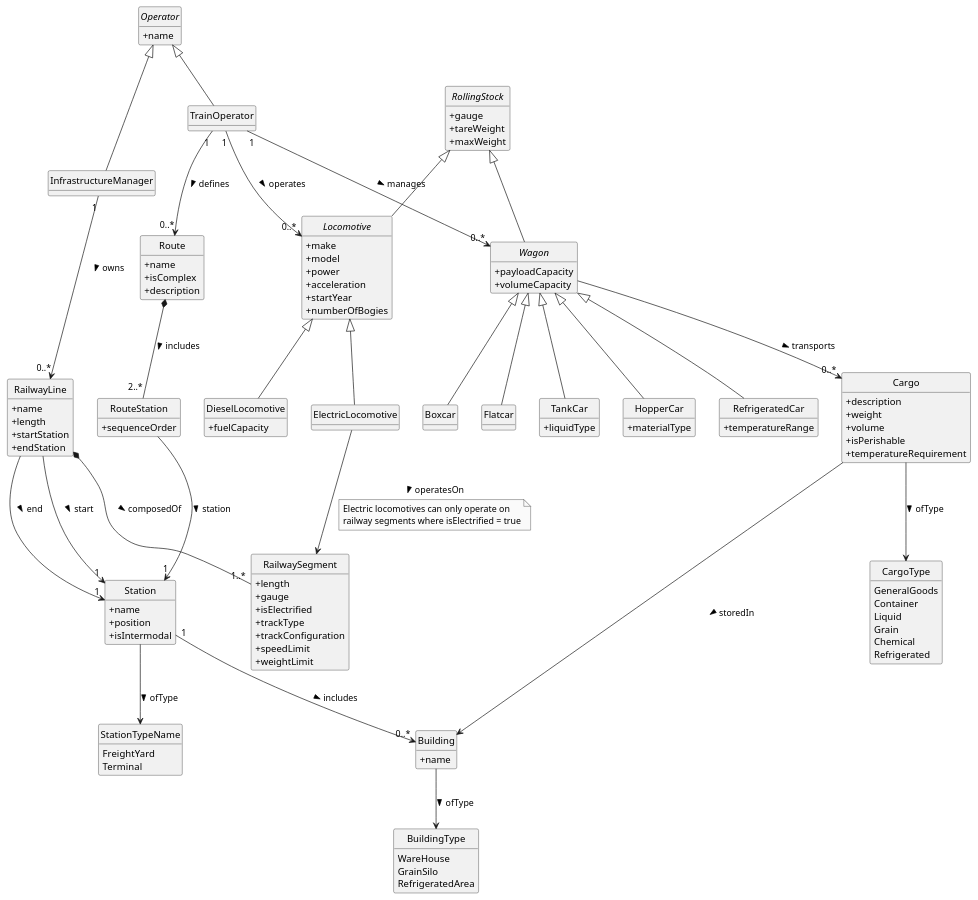
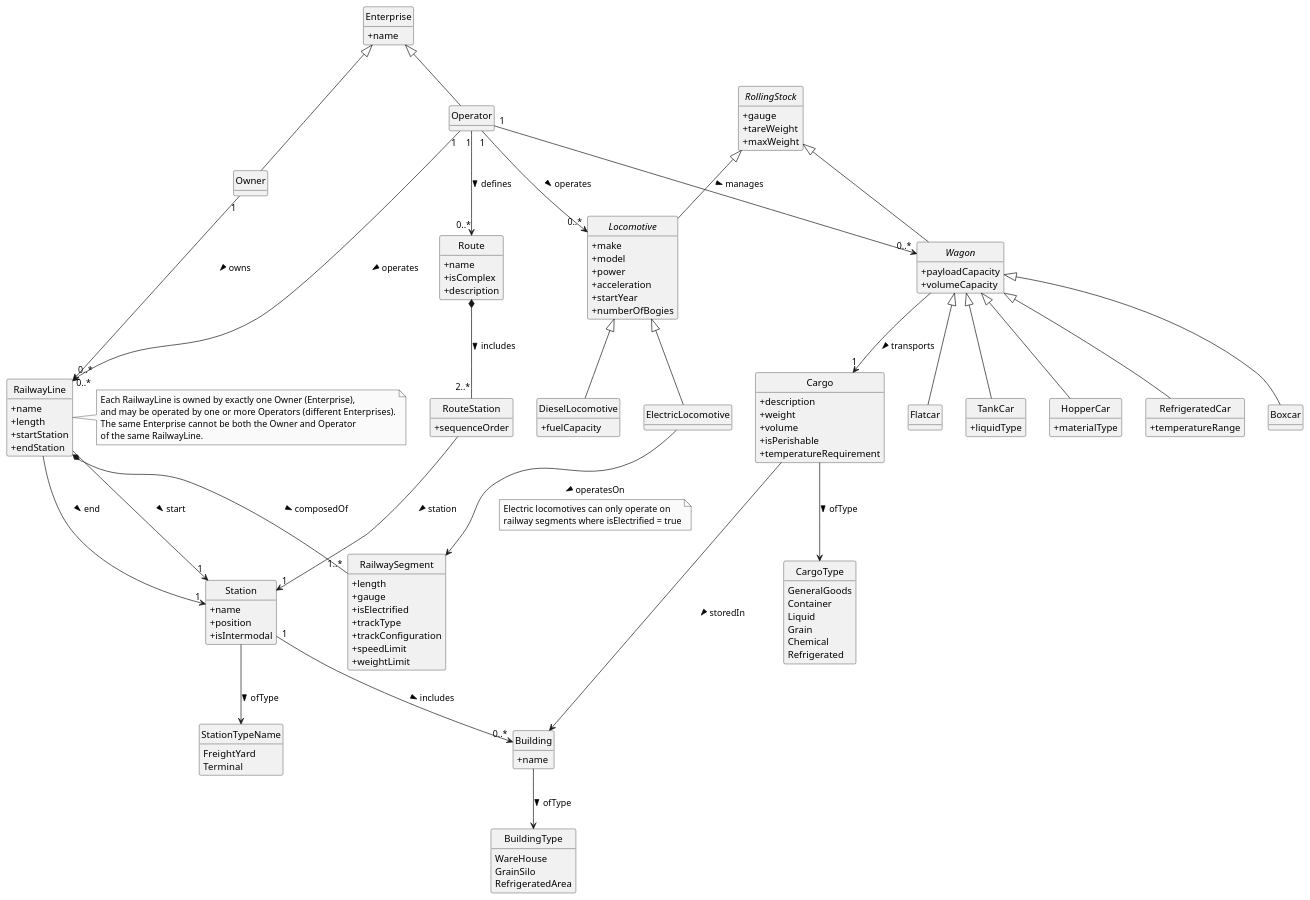
Before and after one commit to goncalolopesp/sem3-pi-25-26-g093-repo: the diagram in definitive-structure/doc/global-artifacts/02.analysis/puml/domain-model.puml, drawn with PlantUML. The commit also changed 2 other files, not shown here.

```diff
--- a/definitive-structure/doc/global-artifacts/02.analysis/puml/domain-model.puml
+++ b/definitive-structure/doc/global-artifacts/02.analysis/puml/domain-model.puml
@@ -1,148 +1,156 @@
 @startuml
 hide circle
 hide methods
 skinparam monochrome true
 skinparam classAttributeIconSize 0
 skinparam shadowing false
 
 class Station {
   +name
   +position
   +isIntermodal
 }
 enum StationTypeName {
   FreightYard
   Terminal
 }
 
 Station --> StationTypeName : ofType >
 
 class RailwayLine {
   +name
   +length
   +startStation
   +endStation
 }
 class RailwaySegment {
   +length
   +gauge
   +isElectrified
   +trackType
   +trackConfiguration
   +speedLimit
   +weightLimit
 }
 
 RailwayLine *-- "1..*" RailwaySegment : composedOf >
 RailwayLine --> "1" Station : start >
 RailwayLine --> "1" Station : end >
 
-abstract class Operator {
+class Enterprise {
   +name
 }
-class InfrastructureManager {
+class Owner {
 }
-class TrainOperator {
+class Operator {
 }
-Operator <|-- InfrastructureManager
-Operator <|-- TrainOperator
+Enterprise <|-- Owner
+Enterprise <|-- Operator
 
-InfrastructureManager "1" --> "0..*" RailwayLine : owns >
+Owner "1" --> "0..*" RailwayLine : owns >
 
 abstract class RollingStock {
   +gauge
   +tareWeight
   +maxWeight
 }
 
 abstract class Locomotive {
   +make
   +model
   +power
   +acceleration
   +startYear
   +numberOfBogies
 }
 class DieselLocomotive {
   +fuelCapacity
 }
 class ElectricLocomotive {
 }
 Locomotive <|-- DieselLocomotive
 Locomotive <|-- ElectricLocomotive
 
 ElectricLocomotive --> RailwaySegment : operatesOn >
 note on link
   Electric locomotives can only operate on
   railway segments where isElectrified = true
 end note
 
 abstract class Wagon {
   +payloadCapacity
   +volumeCapacity
 }
 class Boxcar {}
 class Flatcar {}
 class TankCar {
   +liquidType
 }
 class HopperCar {
   +materialType
 }
 class RefrigeratedCar {
   +temperatureRange
 }
 Wagon <|-- Boxcar
 Wagon <|-- Flatcar
 Wagon <|-- TankCar
 Wagon <|-- HopperCar
 Wagon <|-- RefrigeratedCar
 
-TrainOperator "1" --> "0..*" Locomotive : operates >
-TrainOperator "1" --> "0..*" Wagon : manages >
+Operator "1" --> "0..*" Locomotive : operates >
+Operator "1" --> "0..*" Wagon : manages >
 
-class Cargo {
+class  Cargo {
   +description
   +weight
   +volume
   +isPerishable
   +temperatureRequirement
 }
 enum CargoType {
   GeneralGoods
   Container
   Liquid
   Grain
   Chemical
   Refrigerated
 }
 Cargo --> CargoType : ofType >
-Wagon --> "0..*" Cargo : transports >
+Wagon --> "1" Cargo : transports >
 
 class Route {
   +name
   +isComplex
   +description
 }
 class RouteStation {
   +sequenceOrder
 }
 Route *-- "2..*" RouteStation : includes >
 RouteStation --> "1" Station : station >
 
 class Building {
   +name
 }
 enum BuildingType {
   WareHouse
   GrainSilo
   RefrigeratedArea
 }
 Building --> BuildingType : ofType >
 Station "1" --> "0..*" Building : includes >
-TrainOperator "1" --> "0..*" Route : defines >
+Operator "1" --> "0..*" Route : defines >
 Cargo --> Building : storedIn >
+Operator "1" --> "0..*" RailwayLine : operates >
+
+note right of RailwayLine
+  Each RailwayLine is owned by exactly one Owner (Enterprise),
+  and may be operated by one or more Operators (different Enterprises).
+  The same Enterprise cannot be both the Owner and Operator
+  of the same RailwayLine.
+end note
 
 RollingStock <|-- Locomotive
 RollingStock <|-- Wagon
 @enduml
```
